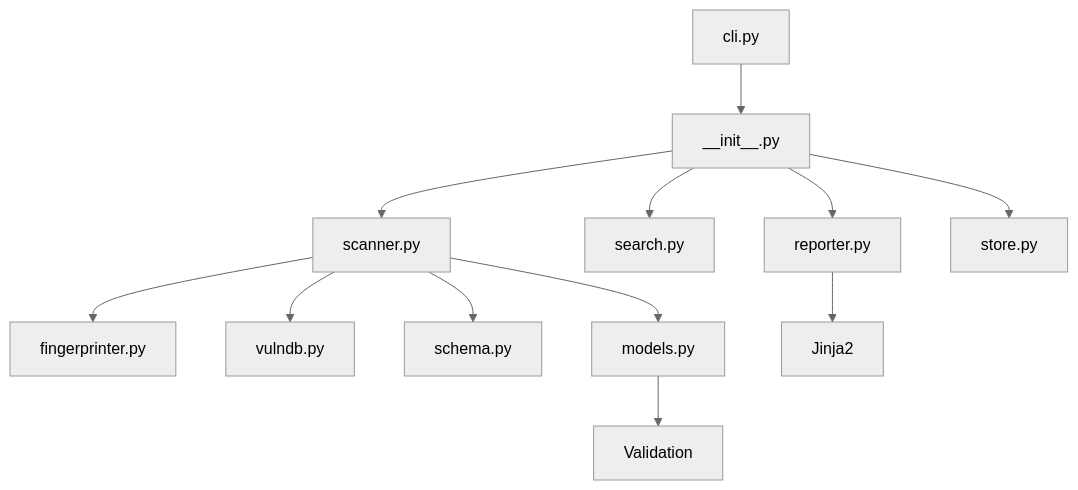
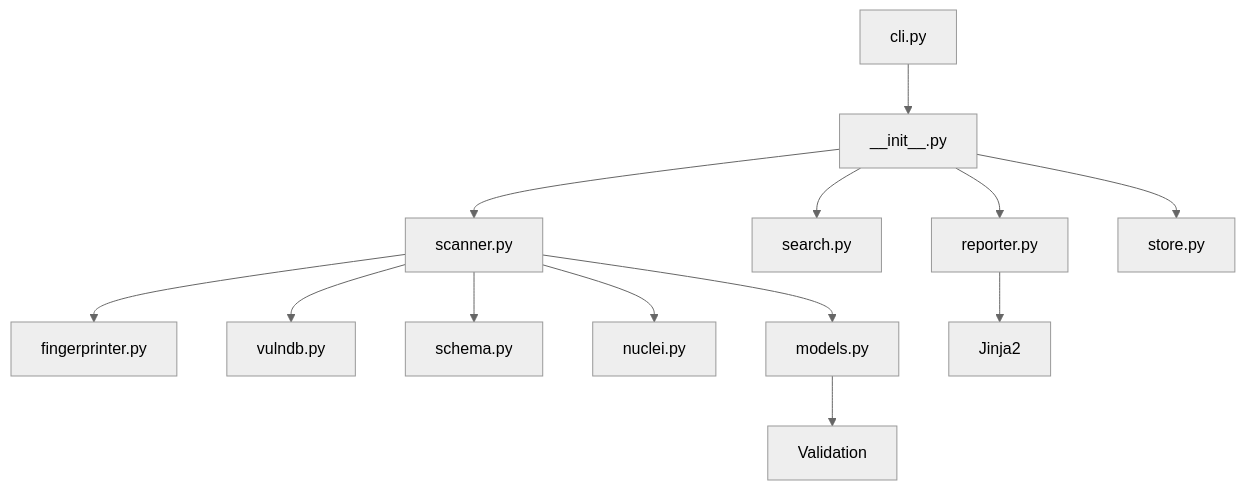
One commit to ajendras/php-fossil changed the diagram in README.md. Above: the diagram before and after it, drawn with Mermaid (neutral theme). The commit also changed other lines of this file and 6 other files, not shown here.

````diff
--- a/README.md
+++ b/README.md
@@ -210,14 +219,15 @@
 ```mermaid
 flowchart TD
     CLI[cli.py] --> API[__init__.py]
     API --> Scanner[scanner.py]
     Scanner --> Fingerprinter[fingerprinter.py]
     Scanner --> VulnDB[vulndb.py]
     Scanner --> Schema[schema.py]
+    Scanner --> Nuclei[nuclei.py]
     API --> Search[search.py]
     API --> Reporter[reporter.py]
     API --> Store[store.py]
     Reporter --> HTML[Jinja2]
     Scanner --> Models[models.py]
     Models --> Pydantic[Validation]
 ```
````
